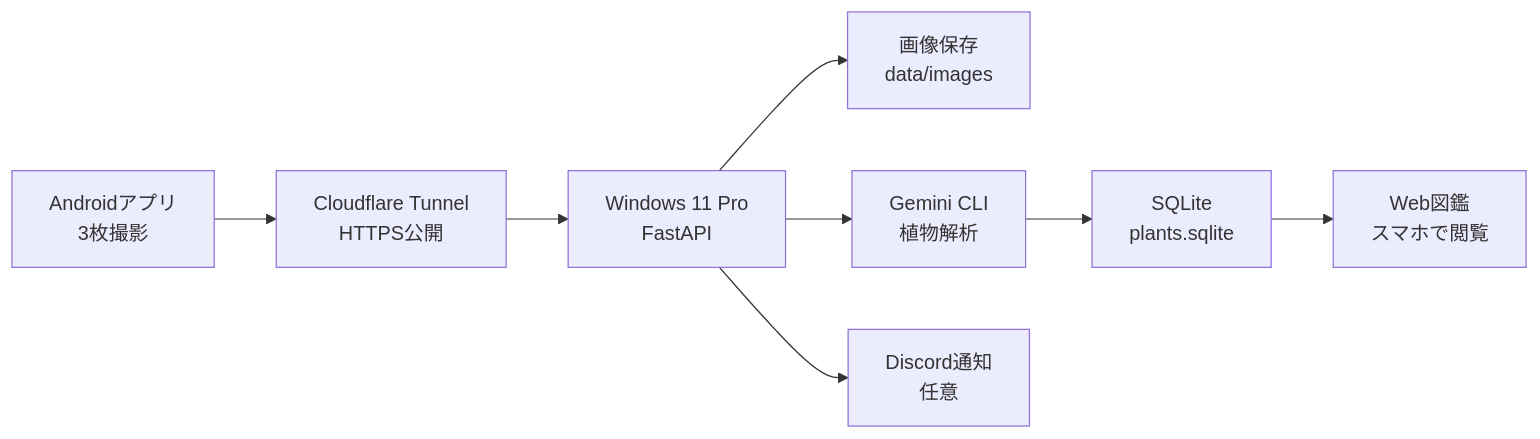
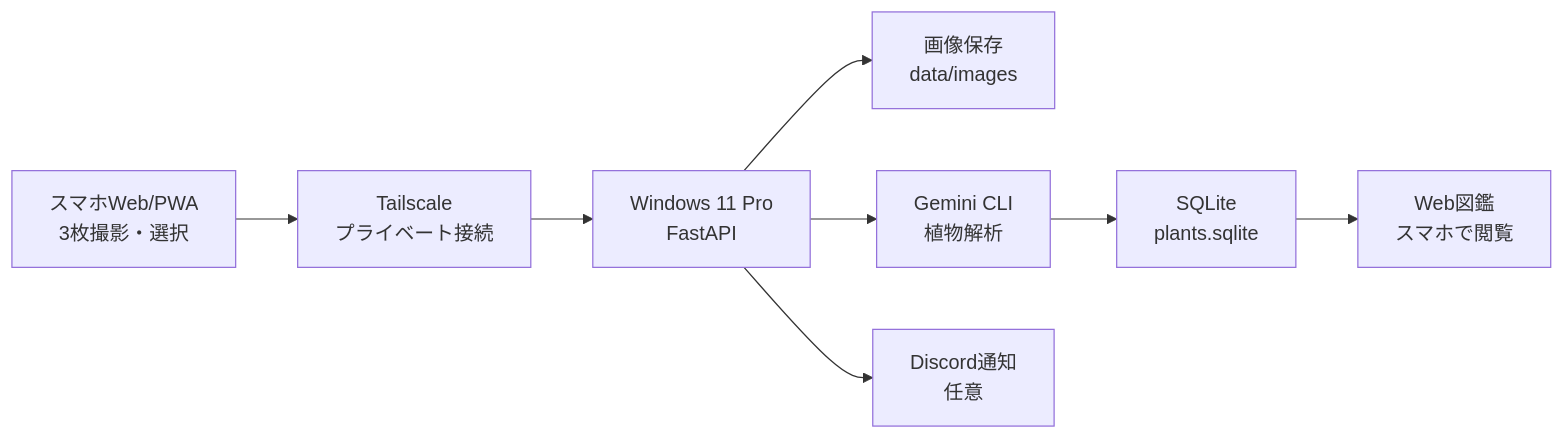
The diagram in docs/SPECIFICATION.md (harunamitrader/AI-Plantgraphy), drawn with Mermaid before and after one commit. The commit also changed other lines of this file and 4 other files, not shown here.

````diff
--- a/docs/SPECIFICATION.md
+++ b/docs/SPECIFICATION.md
@@ -54,10 +56,10 @@
 ```mermaid
 flowchart LR
-  A["Androidアプリ<br/>3枚撮影"] --> B["Cloudflare Tunnel<br/>HTTPS公開"]
+  A["スマホWeb/PWA<br/>3枚撮影・選択"] --> B["Tailscale<br/>プライベート接続"]
   B --> C["Windows 11 Pro<br/>FastAPI"]
   C --> D["画像保存<br/>data/images"]
   C --> E["Gemini CLI<br/>植物解析"]
   E --> F["SQLite<br/>plants.sqlite"]
   F --> G["Web図鑑<br/>スマホで閲覧"]
   C --> H["Discord通知<br/>任意"]
 ```
````
